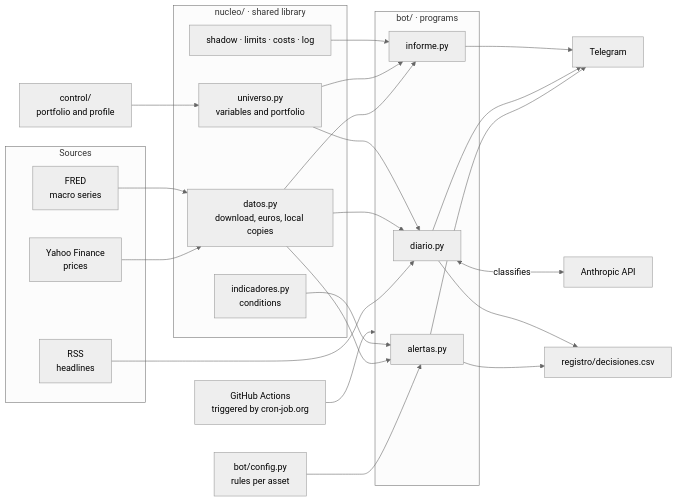
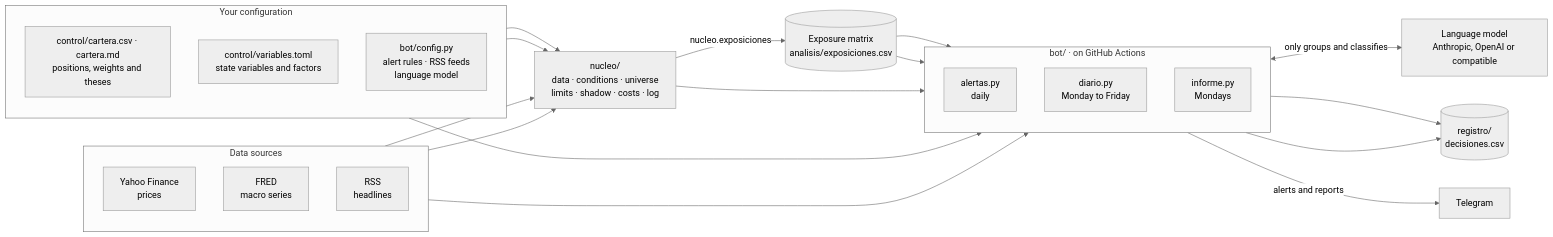
Before and after one commit to iyantp/asistente-financiero: the diagram in README.en.md, drawn with Mermaid (neutral theme). The commit also changed other lines of this file and 25 other files, not shown here.

````diff
--- a/README.en.md
+++ b/README.en.md
@@ -39,32 +72,37 @@
 ```mermaid
 flowchart LR
-    subgraph Sources
+    subgraph SRC[Data sources]
+        direction TB
         Y[Yahoo Finance<br/>prices]
         F[FRED<br/>macro series]
         R[RSS<br/>headlines]
     end
-    subgraph nucleo[nucleo/ · shared library]
-        D[datos.py<br/>download, euros, local copies]
-        I[indicadores.py<br/>conditions]
-        U[universo.py<br/>variables and portfolio]
-        O[shadow · limits · costs · log]
+    subgraph CFG[Your configuration]
+        direction TB
+        CA[control/cartera.csv · cartera.md<br/>positions, weights and theses]
+        VA[control/variables.toml<br/>state variables and factors]
+        CB[bot/config.py<br/>alert rules · RSS feeds<br/>language model]
     end
-    subgraph bot[bot/ · programs]
-        A[alertas.py]
-        DI[diario.py]
-        IN[informe.py]
+    N[nucleo/<br/>data · conditions · universe<br/>limits · shadow · costs · log]
+    M[(Exposure matrix<br/>analisis/exposiciones.csv)]
+    subgraph BOT[bot/ · on GitHub Actions]
+        direction TB
+        A[alertas.py<br/>daily]
+        D[diario.py<br/>Monday to Friday]
+        I[informe.py<br/>Mondays]
     end
-    C[control/<br/>portfolio and profile] --> U
-    CF[bot/config.py<br/>rules per asset] --> A
-    Y --> D
-    F --> D
-    R --> DI
-    D --> A & DI & IN
-    I --> A
-    U --> DI & IN
-    O --> IN
-    DI <-->|classifies| LLM[Anthropic API]
-    A & DI & IN --> T[Telegram]
-    A & DI --> RG[registro/decisiones.csv]
-    GA[GitHub Actions<br/>triggered by cron-job.org] --> bot
+    LLM[Language model<br/>Anthropic, OpenAI or compatible]
+    T[Telegram]
+    RG[(registro/<br/>decisiones.csv)]
+
+    Y & F --> N
+    CA & VA --> N
+    N -->|nucleo.exposiciones| M
+    N --> BOT
+    CB --> BOT
+    M --> D & I
+    R --> D
+    D <-->|only groups and classifies| LLM
+    BOT -->|alerts and reports| T
+    A & D --> RG
 ```
````
